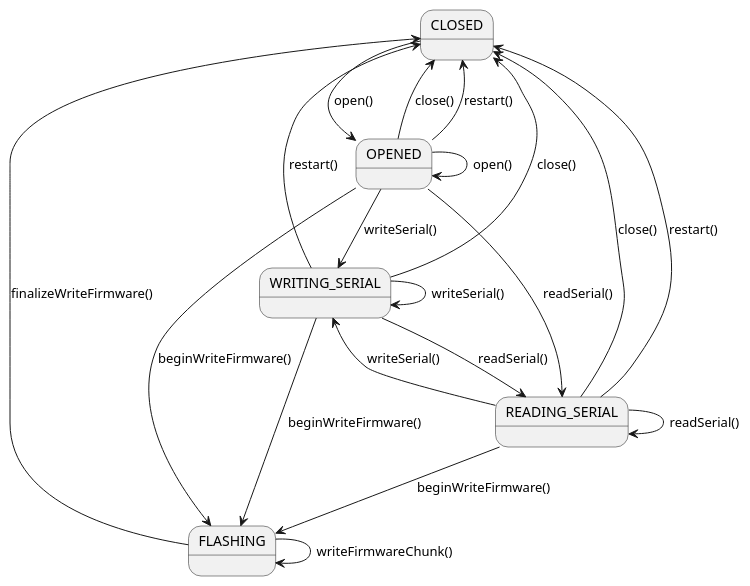
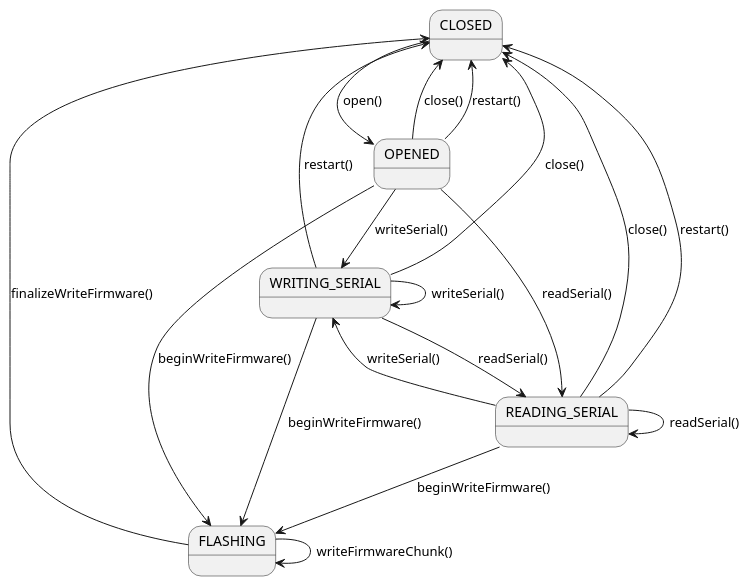
Before and after one commit to NewTec-GmbH/ZumoComSystem: the diagram in doc/design/server/StateDiagrams/ZumoDriverStateMachine.plantuml, drawn with PlantUML. The commit also changed 59 other files, not shown here.

```diff
--- a/doc/design/server/StateDiagrams/ZumoDriverStateMachine.plantuml
+++ b/doc/design/server/StateDiagrams/ZumoDriverStateMachine.plantuml
@@ -1,32 +1,31 @@
 @startuml
 State CLOSED
 State OPENED
 State FLASHING
 State READING_SERIAL
 State WRITING_SERIAL
 
 CLOSED --> OPENED : open()
 
 OPENED --> CLOSED : close()
 OPENED --> CLOSED : restart()
 
-OPENED --> OPENED : open()
 OPENED --> READING_SERIAL : readSerial()
 OPENED --> WRITING_SERIAL : writeSerial()
 OPENED --> FLASHING : beginWriteFirmware()
 
 READING_SERIAL --> READING_SERIAL : readSerial()
 READING_SERIAL --> CLOSED : close()
 READING_SERIAL --> CLOSED : restart()
 READING_SERIAL --> FLASHING : beginWriteFirmware()
 READING_SERIAL --> WRITING_SERIAL : writeSerial()
 
 WRITING_SERIAL --> WRITING_SERIAL : writeSerial()
 WRITING_SERIAL --> READING_SERIAL : readSerial()
 WRITING_SERIAL --> FLASHING : beginWriteFirmware()
 WRITING_SERIAL --> CLOSED : close()
 WRITING_SERIAL --> CLOSED : restart()
 
 FLASHING --> FLASHING : writeFirmwareChunk()
 FLASHING --> CLOSED : finalizeWriteFirmware()
 @enduml
```
